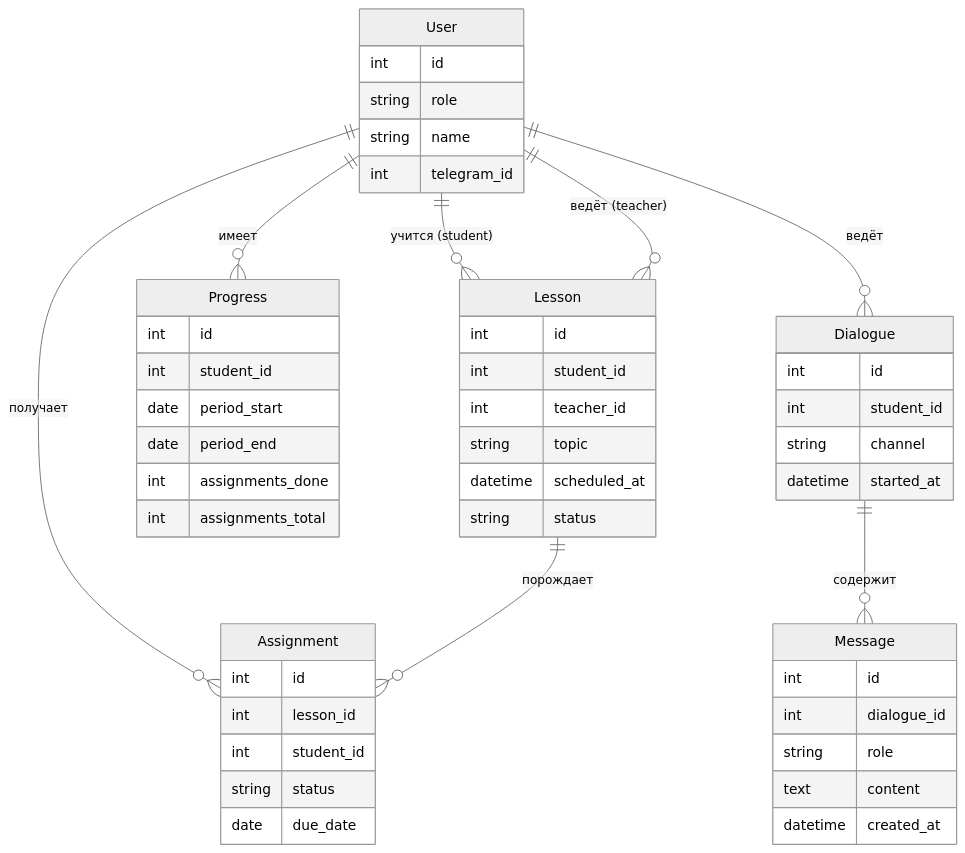
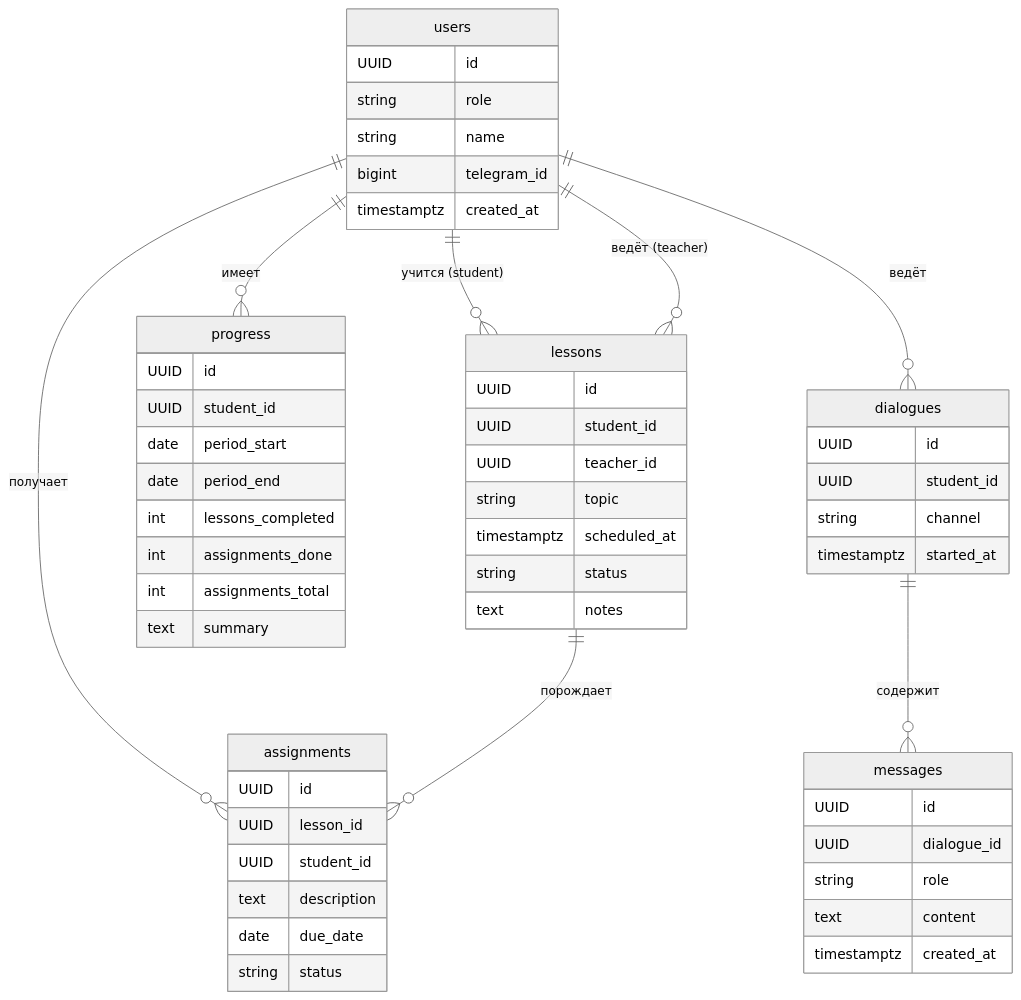
The diagram in docs/data-model.md (vzolotopupov77/Ttlg_bot_learning), drawn with Mermaid (neutral theme) before and after one commit. The commit also changed other lines of this file and 20 other files, not shown here.

Commit message:
docs: update data model documentation with logical and physical schema details, enhance entity descriptions, and improve README with task list for database layer

````diff
--- a/docs/data-model.md
+++ b/docs/data-model.md
@@ -94,58 +104,63 @@
 ```mermaid
 erDiagram
-    User {
-        int id
+    users {
+        UUID id
         string role
         string name
-        int telegram_id
+        bigint telegram_id
+        timestamptz created_at
     }
 
-    Lesson {
-        int id
-        int student_id
-        int teacher_id
+    lessons {
+        UUID id
+        UUID student_id
+        UUID teacher_id
         string topic
-        datetime scheduled_at
+        timestamptz scheduled_at
+        string status
+        text notes
+    }
+
+    assignments {
+        UUID id
+        UUID lesson_id
+        UUID student_id
+        text description
+        date due_date
         string status
     }
 
-    Assignment {
-        int id
-        int lesson_id
-        int student_id
-        string status
-        date due_date
+    progress {
+        UUID id
+        UUID student_id
+        date period_start
+        date period_end
+        int lessons_completed
+        int assignments_done
+        int assignments_total
+        text summary
     }
 
-    Progress {
-        int id
-        int student_id
-        date period_start
-        date period_end
-        int assignments_done
-        int assignments_total
+    dialogues {
+        UUID id
+        UUID student_id
+        string channel
+        timestamptz started_at
     }
 
-    Dialogue {
-        int id
-        int student_id
-        string channel
-        datetime started_at
+    messages {
+        UUID id
+        UUID dialogue_id
+        string role
+        text content
+        timestamptz created_at
     }
 
-    Message {
-        int id
-        int dialogue_id
-        string role
-        text content
-        datetime created_at
-    }
-
-    User ||--o{ Lesson : "учится (student)"
-    User ||--o{ Lesson : "ведёт (teacher)"
-    User ||--o{ Assignment : "получает"
-    User ||--o{ Progress : "имеет"
-    User ||--o{ Dialogue : "ведёт"
-    Lesson ||--o{ Assignment : "порождает"
-    Dialogue ||--o{ Message : "содержит"
+    users ||--o{ lessons : "учится (student)"
+    users ||--o{ lessons : "ведёт (teacher)"
+    users ||--o{ assignments : "получает"
+    users ||--o{ progress : "имеет"
+    users ||--o{ dialogues : "ведёт"
+    lessons ||--o{ assignments : "порождает"
+    dialogues ||--o{ messages : "содержит"
 ```
````
